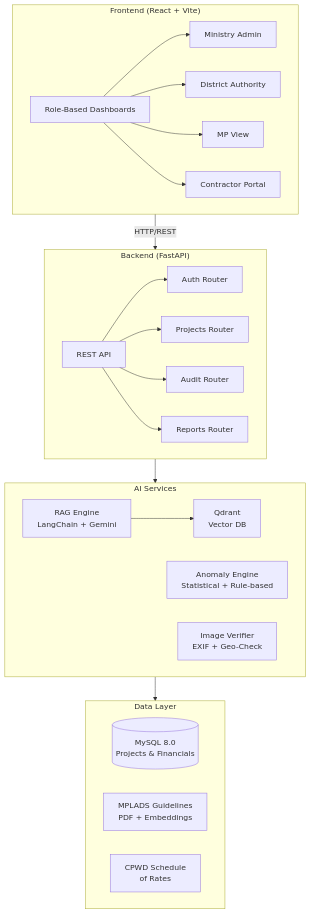
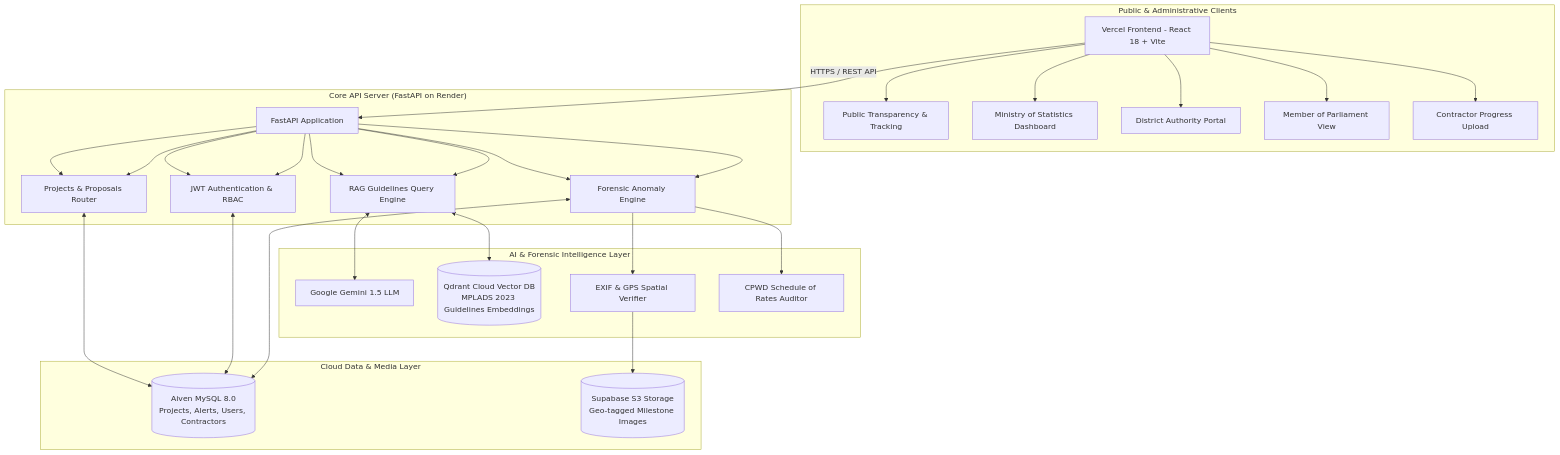
One commit to ashutoshsingh8/MPLAD_Rakshak changed the diagram in README.md. Above: the diagram before and after it, drawn with Mermaid. The commit also changed other lines of this file, not shown here.

Commit message:
docs(readme): expand SIH 2026 problem details, cloud infrastructure, hosting & storage architecture

````diff
--- a/README.md
+++ b/README.md
@@ -11,32 +53,47 @@
 ```mermaid
 graph TB
-    subgraph Frontend["Frontend (React + Vite)"]
-        A[Role-Based Dashboards] --> B[Ministry Admin]
-        A --> C[District Authority]
-        A --> D[MP View]
-        A --> E[Contractor Portal]
+    subgraph Client["Public & Administrative Clients"]
+        V[Vercel Frontend - React 18 + Vite]
+        V --> R1[Public Transparency & Tracking]
+        V --> R2[Ministry of Statistics Dashboard]
+        V --> R3[District Authority Portal]
+        V --> R4[Member of Parliament View]
+        V --> R5[Contractor Progress Upload]
     end
 
-    subgraph Backend["Backend (FastAPI)"]
-        F[REST API] --> G[Auth Router]
-        F --> H[Projects Router]
-        F --> I[Audit Router]
-        F --> J[Reports Router]
+    subgraph Backend["Core API Server (FastAPI on Render)"]
+        F[FastAPI Application]
+        F --> AUTH[JWT Authentication & RBAC]
+        F --> PROJ[Projects & Proposals Router]
+        F --> AUDIT[Forensic Anomaly Engine]
+        F --> RAG[RAG Guidelines Query Engine]
     end
 
-    subgraph Services["AI Services"]
-        K[RAG Engine<br/>LangChain + Gemini] --> L[Qdrant<br/>Vector DB]
-        M[Anomaly Engine<br/>Statistical + Rule-based]
-        N[Image Verifier<br/>EXIF + Geo-Check]
+    subgraph AI["AI & Forensic Intelligence Layer"]
+        GEMINI[Google Gemini 1.5 LLM]
+        QDRANT[(Qdrant Cloud Vector DB<br/>MPLADS 2023 Guidelines Embeddings)]
+        EXIF[EXIF & GPS Spatial Verifier]
+        SOR[CPWD Schedule of Rates Auditor]
     end
 
-    subgraph Data["Data Layer"]
-        O[(MySQL 8.0<br/>Projects & Financials)]
-        P[MPLADS Guidelines<br/>PDF + Embeddings]
-        Q[CPWD Schedule<br/>of Rates]
+    subgraph Storage["Cloud Data & Media Layer"]
+        AIVEN[(Aiven MySQL 8.0<br/>Projects, Alerts, Users, Contractors)]
+        SUPABASE[(Supabase S3 Storage<br/>Geo-tagged Milestone Images)]
     end
 
-    Frontend -->|HTTP/REST| Backend
-    Backend --> Services
-    Services --> Data
+    V -->|HTTPS / REST API| F
+    F --> AUTH
+    F --> PROJ
+    F --> AUDIT
+    F --> RAG
+    
+    RAG <--> GEMINI
+    RAG <--> QDRANT
+    AUDIT --> EXIF
+    AUDIT --> SOR
+    
+    PROJ <--> AIVEN
+    AUTH <--> AIVEN
+    AUDIT <--> AIVEN
+    EXIF --> SUPABASE
 ```
````
